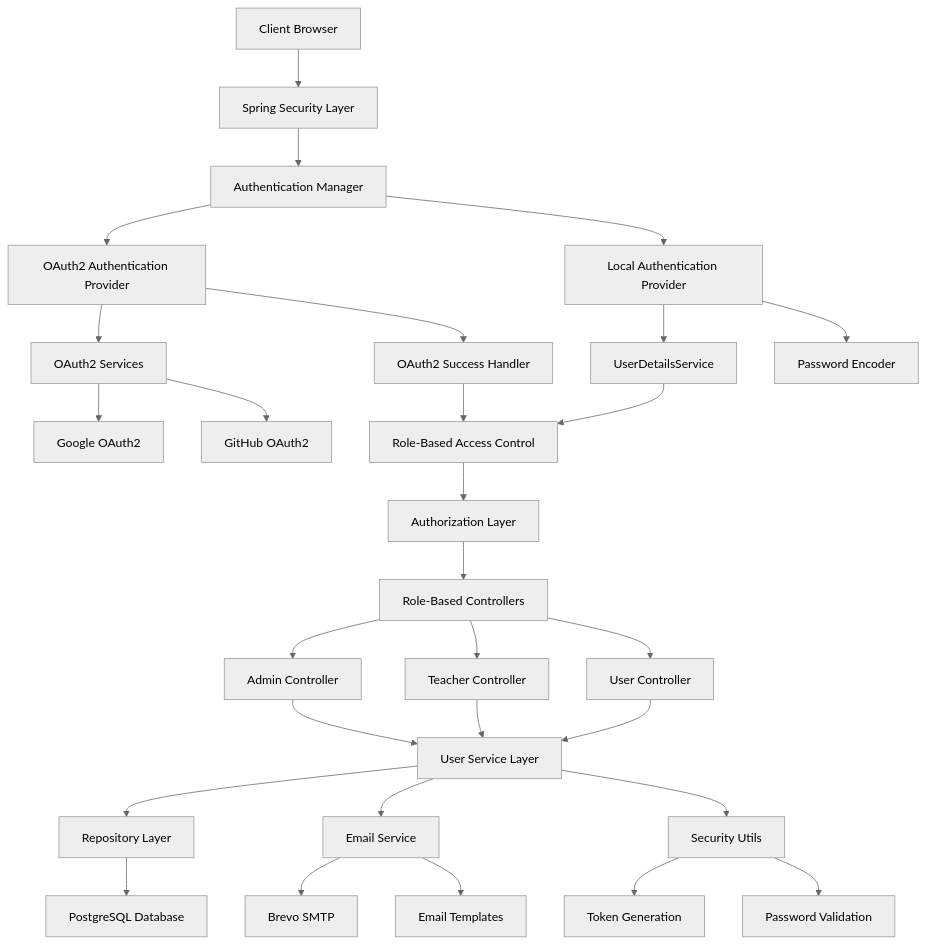
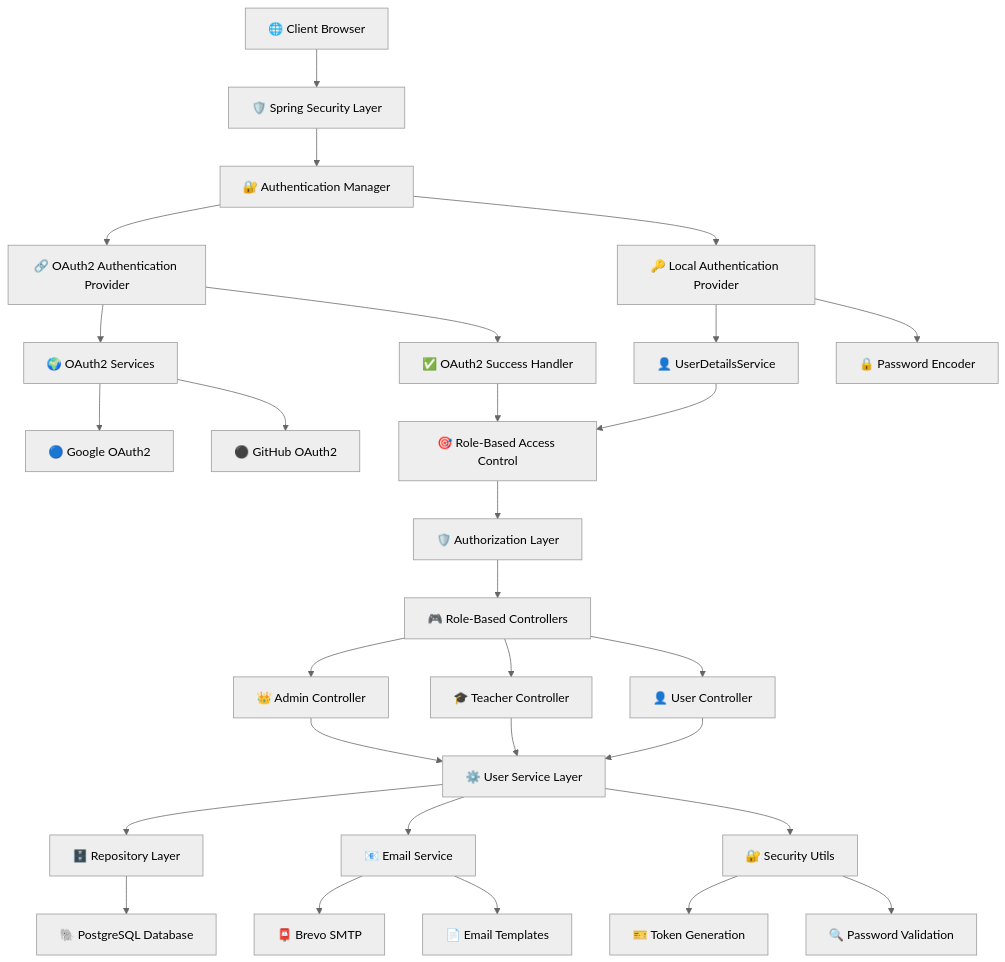
One commit to md4nas/college-Admission-Portal changed the first of 2 diagrams in README.md. Above: the diagram before and after it, drawn with Mermaid (neutral theme). The commit also changed other lines of this file and 68 other files, not shown here.

````diff
--- a/README.md
+++ b/README.md
@@ -79,39 +36,39 @@
 ```mermaid
 graph TB
-    A[Client Browser] --> B[Spring Security Layer]
-    B --> C[Authentication Manager]
-    C --> D[OAuth2 Authentication Provider]
-    C --> E[Local Authentication Provider]
+    A[🌐 Client Browser] --> B[🛡️ Spring Security Layer]
+    B --> C[🔐 Authentication Manager]
+    C --> D[🔗 OAuth2 Authentication Provider]
+    C --> E[🔑 Local Authentication Provider]
     
-    D --> F[OAuth2 Services]
-    F --> G[Google OAuth2]
-    F --> H[GitHub OAuth2]
-    D --> I[OAuth2 Success Handler]
+    D --> F[🌍 OAuth2 Services]
+    F --> G[🔵 Google OAuth2]
+    F --> H[⚫ GitHub OAuth2]
+    D --> I[✅ OAuth2 Success Handler]
     
-    E --> J[UserDetailsService]
-    E --> K[Password Encoder]
+    E --> J[👤 UserDetailsService]
+    E --> K[🔒 Password Encoder]
     
-    I --> L[Role-Based Access Control]
+    I --> L[🎯 Role-Based Access Control]
     J --> L
-    L --> M[Authorization Layer]
+    L --> M[🛡️ Authorization Layer]
     
-    M --> N[Role-Based Controllers]
-    N --> O[Admin Controller]
-    N --> P[Teacher Controller]
-    N --> Q[User Controller]
+    M --> N[🎮 Role-Based Controllers]
+    N --> O[👑 Admin Controller]
+    N --> P[🎓 Teacher Controller]
+    N --> Q[👤 User Controller]
     
-    O --> R[User Service Layer]
+    O --> R[⚙️ User Service Layer]
     P --> R
     Q --> R
     
-    R --> S[Repository Layer]
-    S --> T[PostgreSQL Database]
+    R --> S[🗄️ Repository Layer]
+    S --> T[🐘 PostgreSQL Database]
     
-    R --> U[Email Service]
-    U --> V[Brevo SMTP]
-    U --> W[Email Templates]
+    R --> U[📧 Email Service]
+    U --> V[📮 Brevo SMTP]
+    U --> W[📄 Email Templates]
     
-    R --> X[Security Utils]
-    X --> Y[Token Generation]
-    X --> Z[Password Validation]
+    R --> X[🔐 Security Utils]
+    X --> Y[🎫 Token Generation]
+    X --> Z[🔍 Password Validation]
 ```
````
